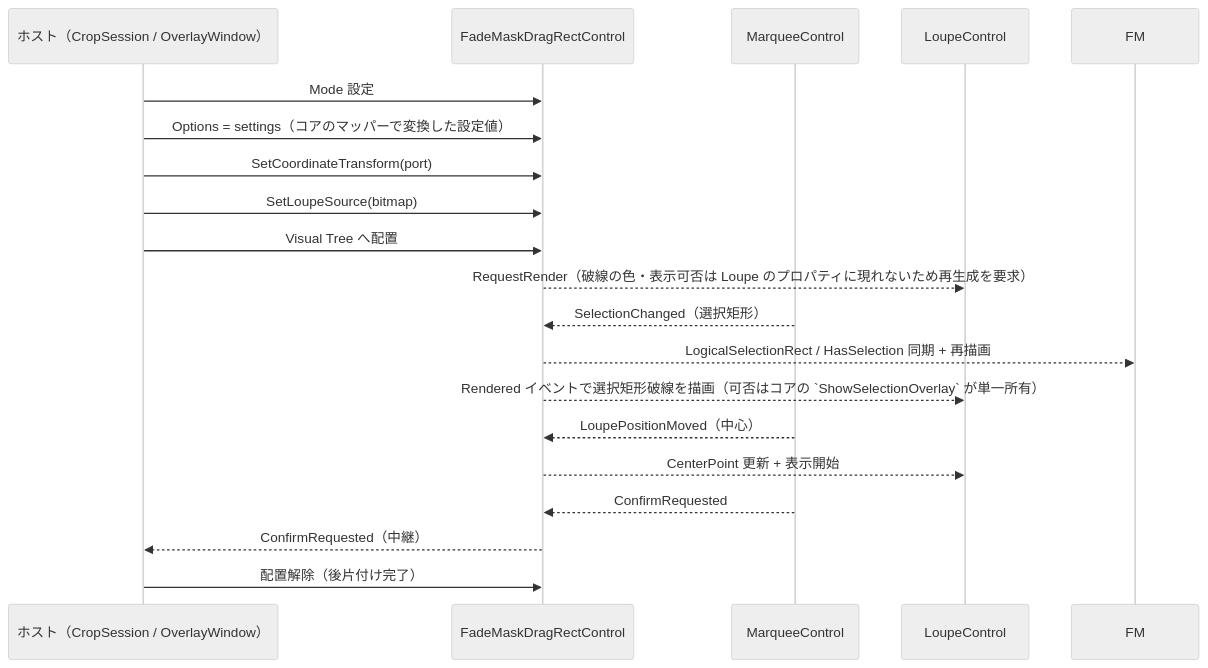
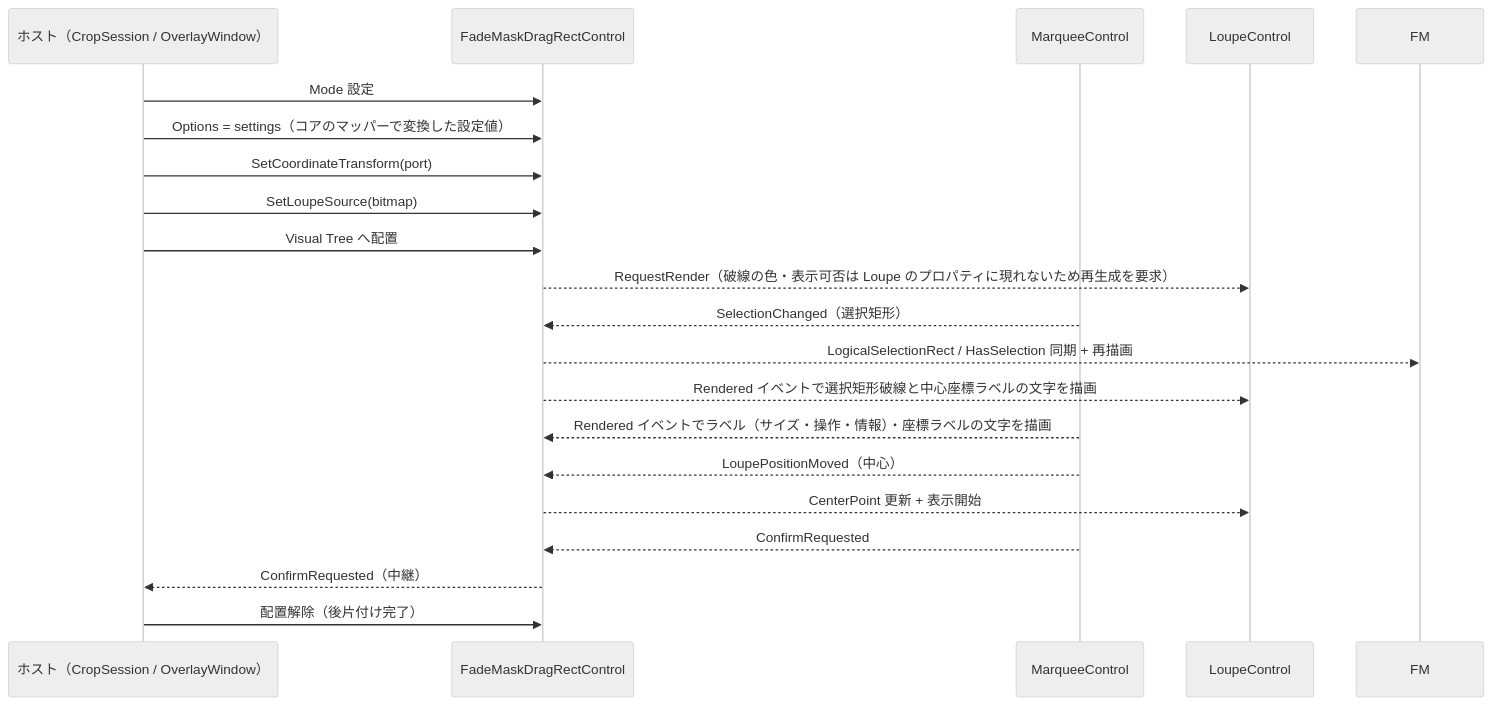
Before and after one commit to tomokuni/SaveEvidence: the second of 2 diagrams in src/FadeMaskDragRectControl.AvaloniaUI/SPEC_System.md, drawn with Mermaid (neutral theme). The commit also changed other lines of this file and 201 other files, not shown here.

````diff
--- a/src/FadeMaskDragRectControl.AvaloniaUI/SPEC_System.md
+++ b/src/FadeMaskDragRectControl.AvaloniaUI/SPEC_System.md
@@ -174,23 +174,24 @@
 ```mermaid
 sequenceDiagram
     participant H as ホスト（CropSession / OverlayWindow）
     participant C as FadeMaskDragRectControl
     participant DR as MarqueeControl
     
     participant LC as LoupeControl
 
     H->>C: Mode 設定
     H->>C: Options = settings（コアのマッパーで変換した設定値）
     H->>C: SetCoordinateTransform(port)
     H->>C: SetLoupeSource(bitmap)
     H->>C: Visual Tree へ配置
     C-->>LC: RequestRender（破線の色・表示可否は Loupe のプロパティに現れないため再生成を要求）
     DR-->>C: SelectionChanged（選択矩形）
     C-->>FM: LogicalSelectionRect / HasSelection 同期 + 再描画
-    C-->>LC: Rendered イベントで選択矩形破線を描画（可否はコアの `ShowSelectionOverlay` が単一所有）
+    C-->>LC: Rendered イベントで選択矩形破線と中心座標ラベルの文字を描画
+    DR-->>C: Rendered イベントでラベル（サイズ・操作・情報）・座標ラベルの文字を描画
     DR-->>C: LoupePositionMoved（中心）
     C-->>LC: CenterPoint 更新 + 表示開始
     DR-->>C: ConfirmRequested
     C-->>H: ConfirmRequested（中継）
     H->>C: 配置解除（後片付け完了）
 ```
````
